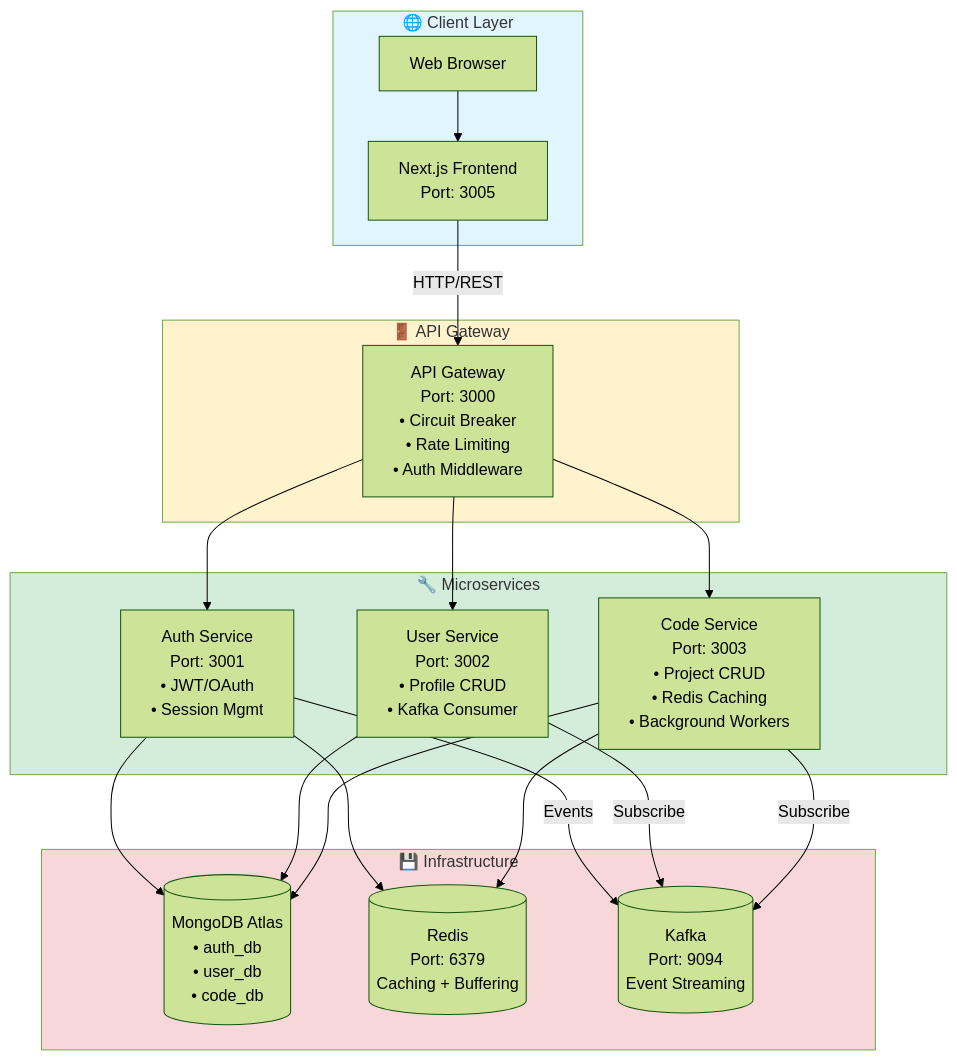
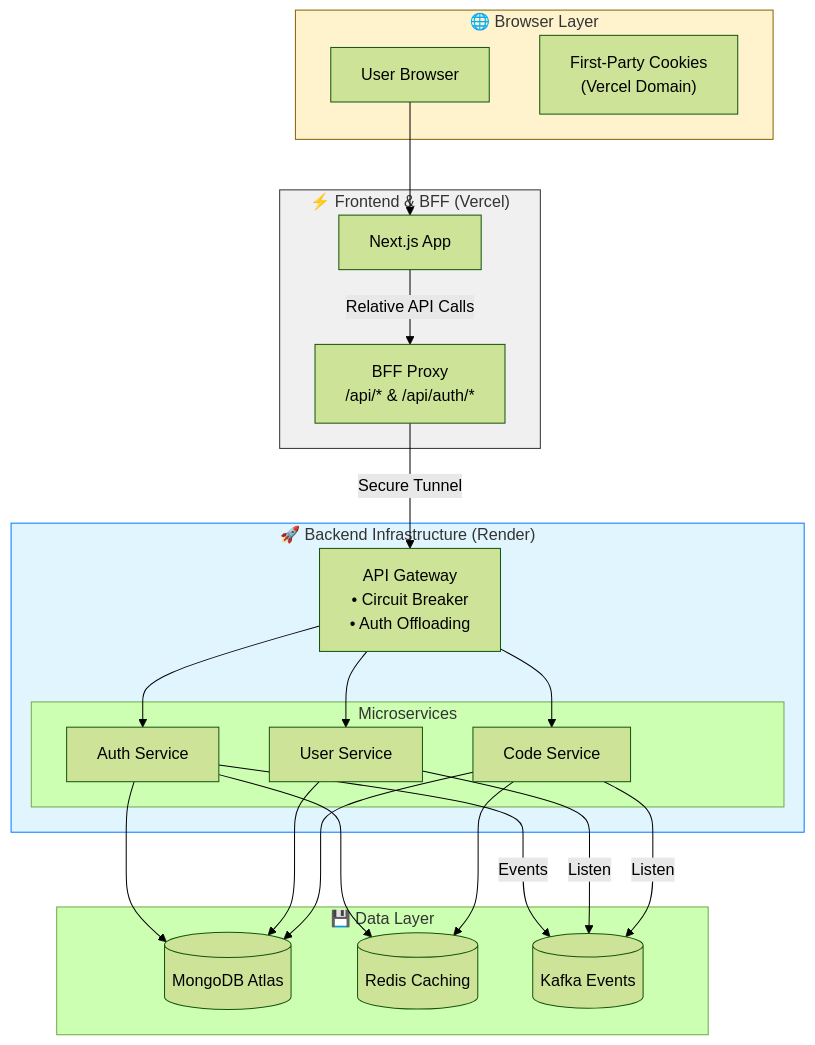
One commit to sayanChaterjee/browser-editor changed the first of 5 diagrams in README.md. Above: the diagram before and after it, drawn with Mermaid (forest theme). The commit also changed other lines of this file, not shown here.

Commit message:
readme updated

````diff
--- a/README.md
+++ b/README.md
@@ -30,45 +30,44 @@
 ```mermaid
 graph TB
-    subgraph Client["🌐 Client Layer"]
-        Browser["Web Browser"]
-        FE["Next.js Frontend<br/>Port: 3005"]
+    subgraph Client["🌐 Browser Layer"]
+        User["User Browser"]
+        Cookies["First-Party Cookies<br/>(Vercel Domain)"]
     end
 
-    subgraph Gateway["🚪 API Gateway"]
-        AG["API Gateway<br/>Port: 3000<br/>• Circuit Breaker<br/>• Rate Limiting<br/>• Auth Middleware"]
+    subgraph Vercel["⚡ Frontend & BFF (Vercel)"]
+        FE["Next.js App"]
+        Proxy["BFF Proxy<br/>/api/* & /api/auth/*"]
     end
 
-    subgraph Services["🔧 Microservices"]
-        Auth["Auth Service<br/>Port: 3001<br/>• JWT/OAuth<br/>• Session Mgmt"]
-        User["User Service<br/>Port: 3002<br/>• Profile CRUD<br/>• Kafka Consumer"]
-        Code["Code Service<br/>Port: 3003<br/>• Project CRUD<br/>• Redis Caching<br/>• Background Workers"]
+    subgraph Render["🚀 Backend Infrastructure (Render)"]
+        AG["API Gateway<br/>• Circuit Breaker<br/>• Auth Offloading"]
+        subgraph Services["Microservices"]
+            Auth["Auth Service"]
+            UserSvc["User Service"]
+            Code["Code Service"]
+        end
     end
 
-    subgraph Infrastructure["💾 Infrastructure"]
-        Mongo[("MongoDB Atlas<br/>• auth_db<br/>• user_db<br/>• code_db")]
-        Redis[("Redis<br/>Port: 6379<br/>Caching + Buffering")]
-        Kafka[("Kafka<br/>Port: 9094<br/>Event Streaming")]
+    subgraph Infra["💾 Data Layer"]
+        Mongo[("MongoDB Atlas")]
+        Redis[("Redis Caching")]
+        Kafka[("Kafka Events")]
     end
 
-    Browser --> FE
-    FE --"HTTP/REST"--> AG
+    User --> FE
+    FE --"Relative API Calls"--> Proxy
+    Proxy --"Secure Tunnel"--> AG
+    
     AG --> Auth
-    AG --> User  
+    AG --> UserSvc
     AG --> Code
     
-    Auth --> Mongo
-    User --> Mongo
-    Code --> Mongo
-    
-    Auth --> Redis
-    Code --> Redis
-    
+    Auth & UserSvc & Code --> Mongo
+    Auth & Code --> Redis
     Auth --"Events"--> Kafka
-    User --"Subscribe"--> Kafka
-    Code --"Subscribe"--> Kafka
-    
-    style Client fill:#e1f5ff
-    style Gateway fill:#fff3cd
-    style Services fill:#d4edda
-    style Infrastructure fill:#f8d7da
+    UserSvc & Code --"Listen"--> Kafka
+
+    style Vercel fill:#f0f0f0,stroke:#333
+    style Render fill:#e1f5ff,stroke:#007bff
+    style Client fill:#fff3cd,stroke:#856404
 ```
````
